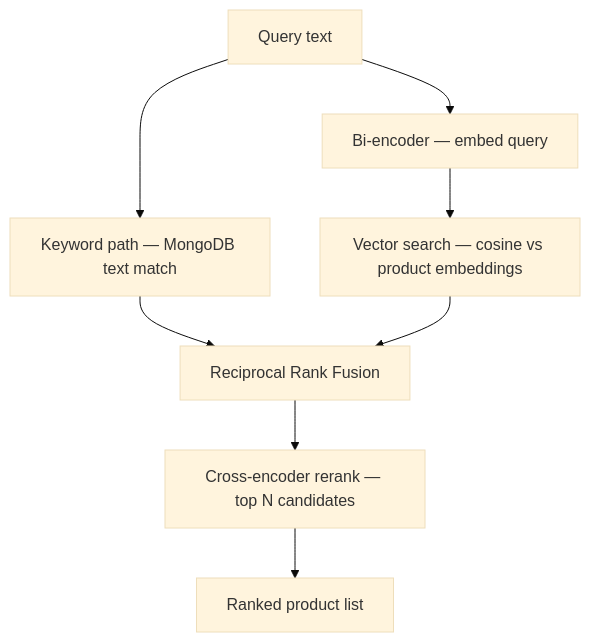
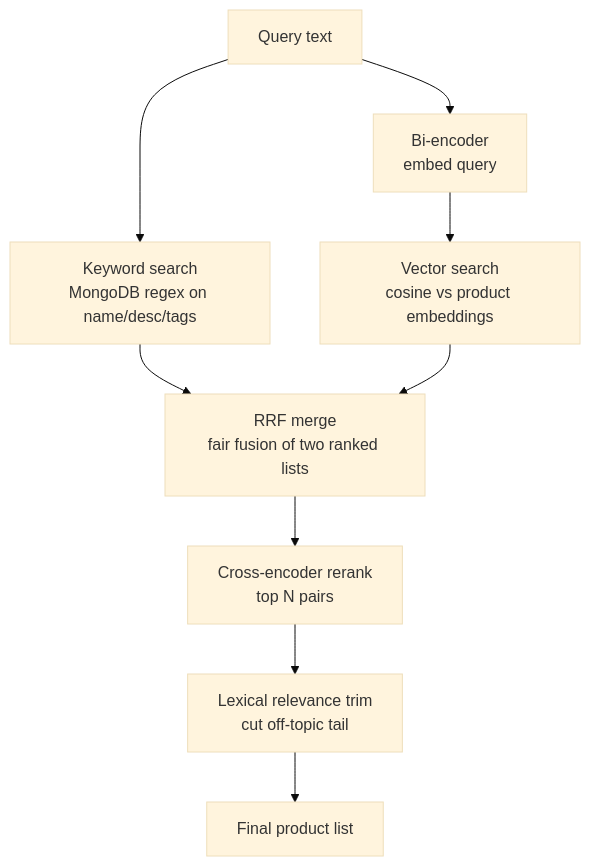
The fourth of 5 diagrams in docs/README.md (VvSdC/ShopAI), drawn with Mermaid (base theme) before and after one commit. The commit also changed other lines of this file and 42 other files, not shown here.

````diff
--- a/docs/README.md
+++ b/docs/README.md
@@ -223,11 +243,11 @@
 ```mermaid
 flowchart TB
-  Q[Query text]
-  Q --> KW[Keyword path — MongoDB text match]
-  Q --> BE[Bi-encoder — embed query]
-  BE --> VS[Vector search — cosine vs product embeddings]
-  KW --> RRF[Reciprocal Rank Fusion]
+  Q[Query text] --> KW[Keyword search<br/>MongoDB regex on name/desc/tags]
+  Q --> BE[Bi-encoder<br/>embed query]
+  BE --> VS[Vector search<br/>cosine vs product embeddings]
+  KW --> RRF[RRF merge<br/>fair fusion of two ranked lists]
   VS --> RRF
-  RRF --> CE[Cross-encoder rerank — top N candidates]
-  CE --> OUT[Ranked product list]
+  RRF --> CE[Cross-encoder rerank<br/>top N pairs]
+  CE --> TRIM[Lexical relevance trim<br/>cut off-topic tail]
+  TRIM --> OUT[Final product list]
 ```
````
